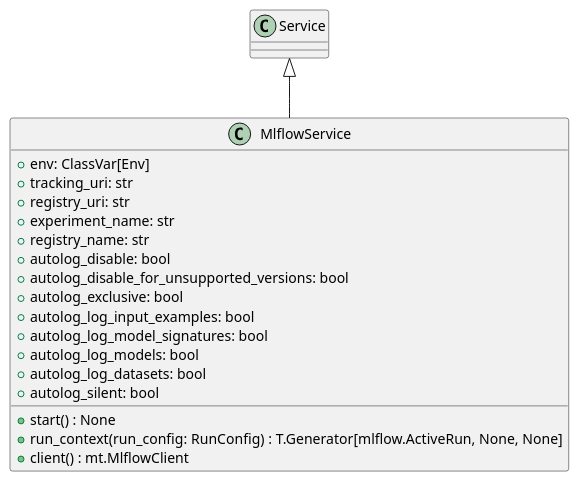
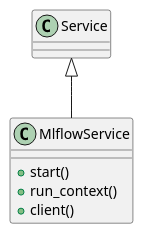
Before and after one commit to lgcorzo/llmops-python-package: the diagram in openwiki/src/autogen_team/infrastructure/services/mlflow_service.md, drawn with PlantUML. The commit also changed other lines of this file and 77 other files, not shown here.

````diff
--- a/openwiki/src/autogen_team/infrastructure/services/mlflow_service.md
+++ b/openwiki/src/autogen_team/infrastructure/services/mlflow_service.md
@@ -56,23 +140,10 @@
 ```plantuml
 @startuml
-    Service <|-- MlflowService
-    class MlflowService {
-        +env: ClassVar[Env]
-        +tracking_uri: str
-        +registry_uri: str
-        +experiment_name: str
-        +registry_name: str
-        +autolog_disable: bool
-        +autolog_disable_for_unsupported_versions: bool
-        +autolog_exclusive: bool
-        +autolog_log_input_examples: bool
-        +autolog_log_model_signatures: bool
-        +autolog_log_models: bool
-        +autolog_log_datasets: bool
-        +autolog_silent: bool
-        +start() : None
-        +run_context(run_config: RunConfig) : T.Generator[mlflow.ActiveRun, None, None]
-        +client() : mt.MlflowClient
-    }
+class MlflowService {
+  + start()
+  + run_context()
+  + client()
+}
+Service <|-- MlflowService
 @enduml
 ```
````
